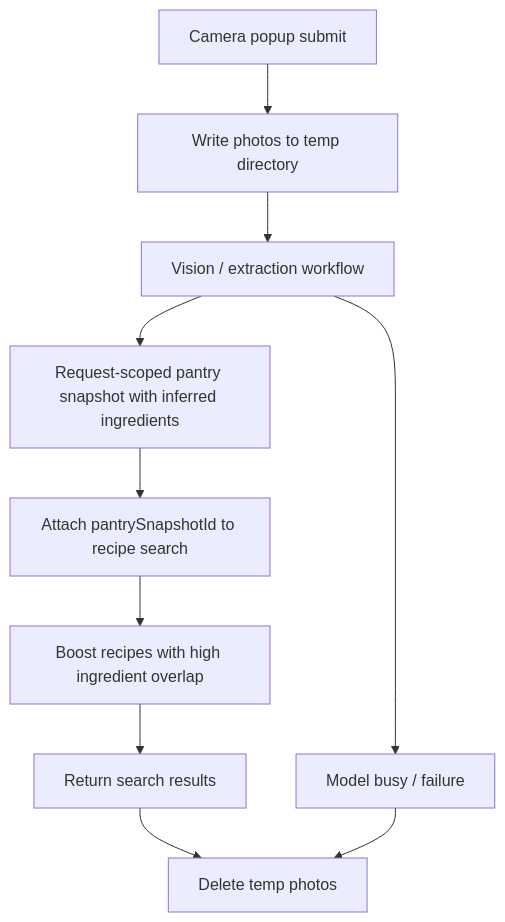
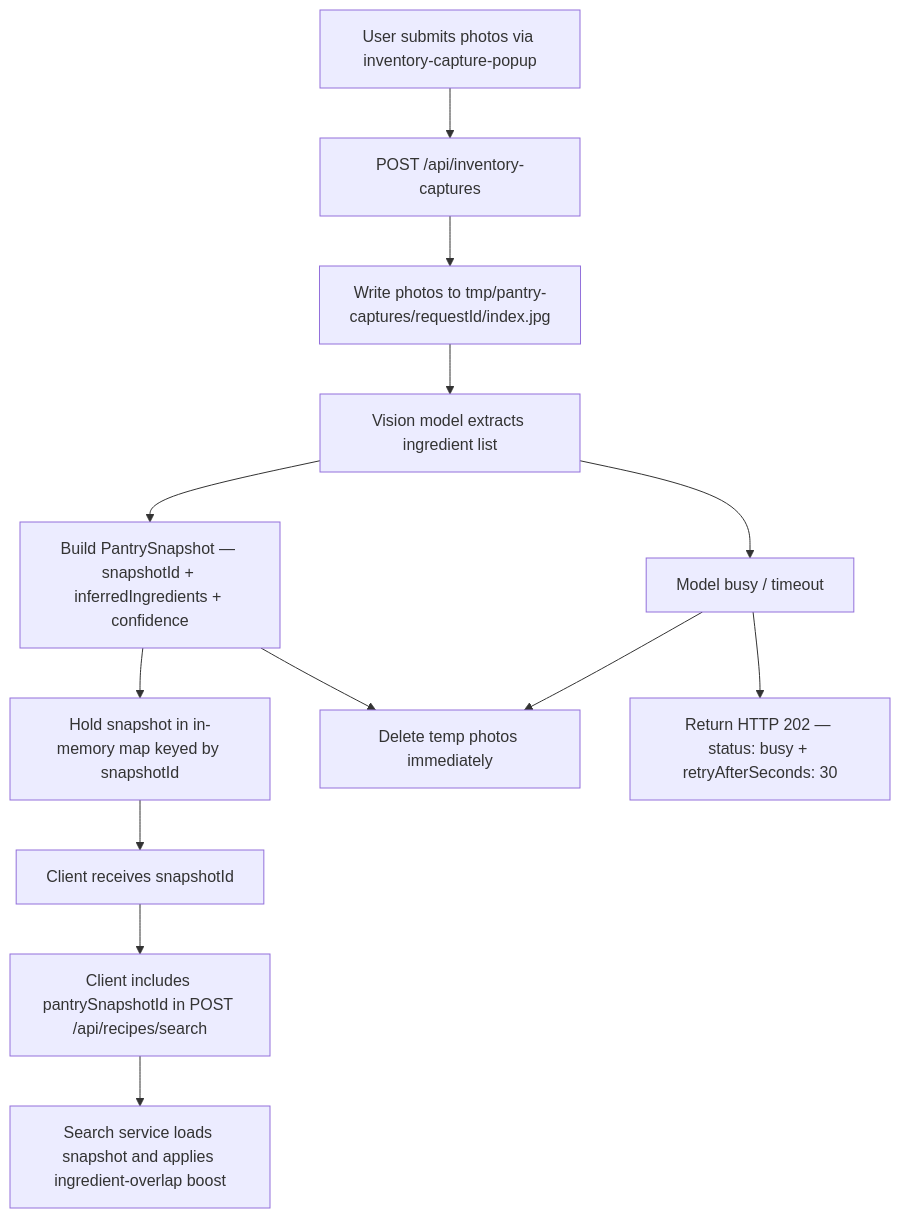
Before and after one commit to AlexandreBrisebois/whats-for-supper: the second of 8 diagrams in docs/flows/data-flows/recipe-search-index-and-recovery.md, drawn with Mermaid. The commit also changed other lines of this file and 14 other files, not shown here.

````diff
--- a/docs/flows/data-flows/recipe-search-index-and-recovery.md
+++ b/docs/flows/data-flows/recipe-search-index-and-recovery.md
@@ -110,12 +138,16 @@
 ```mermaid
 flowchart TD
-    A[Camera popup submit] --> B[Write photos to temp directory]
-    B --> C[Vision / extraction workflow]
-    C --> D[Request-scoped pantry snapshot with inferred ingredients]
-    D --> E[Attach pantrySnapshotId to recipe search]
-    E --> F[Boost recipes with high ingredient overlap]
-    F --> G[Return search results]
-    C --> H[Model busy / failure]
-    G --> I[Delete temp photos]
-    H --> I
+    A[User submits photos via inventory-capture-popup] --> B[POST /api/inventory-captures]
+    B --> C[Write photos to tmp/pantry-captures/requestId/index.jpg]
+    C --> D[Vision model extracts ingredient list]
+    D --> E[Build PantrySnapshot — snapshotId + inferredIngredients + confidence]
+    E --> F[Hold snapshot in in-memory map keyed by snapshotId]
+    E --> G[Delete temp photos immediately]
+    F --> H[Client receives snapshotId]
+    H --> I[Client includes pantrySnapshotId in POST /api/recipes/search]
+    I --> J[Search service loads snapshot and applies ingredient-overlap boost]
+
+    D --> K[Model busy / timeout]
+    K --> G
+    K --> L[Return HTTP 202 — status: busy + retryAfterSeconds: 30]
 ```
````
